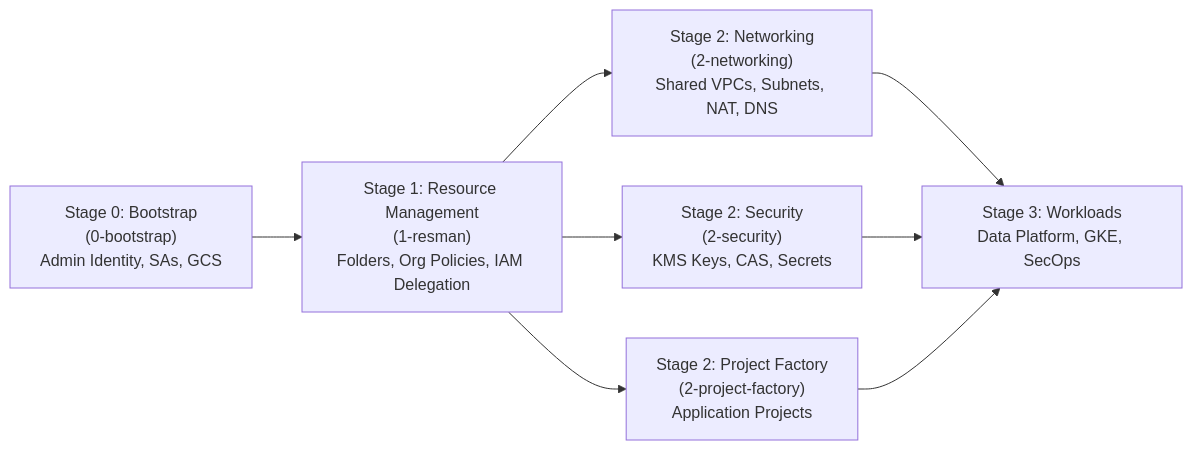
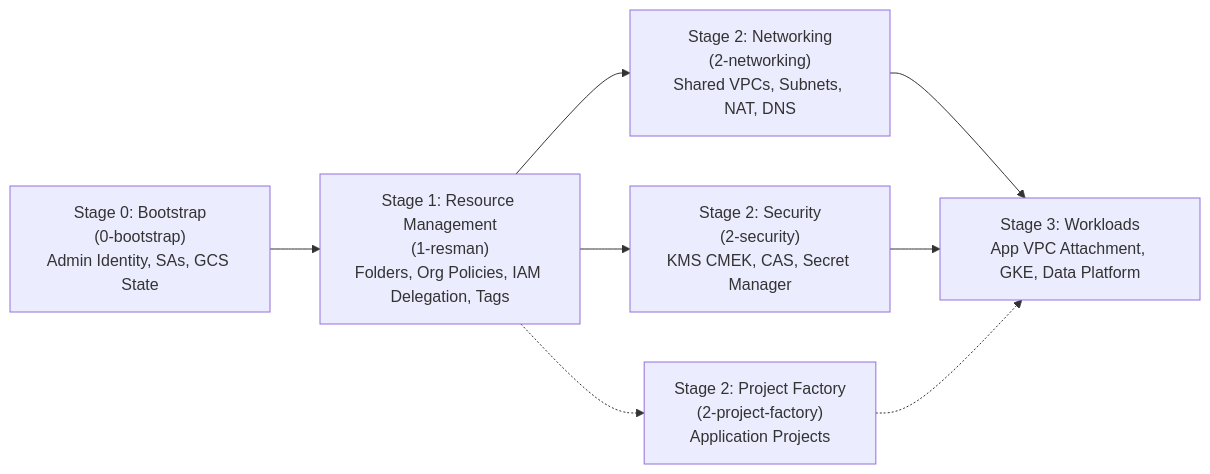
Before and after one commit to teemu61/fast-test: the first of 2 diagrams in README.md, drawn with Mermaid. The commit also changed other lines of this file, not shown here.

Commit message:
docs: expand README with comprehensive stage descriptions and usage guide

````diff
--- a/README.md
+++ b/README.md
@@ -13,10 +16,10 @@
 ```mermaid
 flowchart LR
-    S0["Stage 0: Bootstrap\n(0-bootstrap)\nAdmin Identity, SAs, GCS"] --> S1["Stage 1: Resource Management\n(1-resman)\nFolders, Org Policies, IAM Delegation"]
+    S0["Stage 0: Bootstrap\n(0-bootstrap)\nAdmin Identity, SAs, GCS State"] --> S1["Stage 1: Resource Management\n(1-resman)\nFolders, Org Policies, IAM Delegation, Tags"]
     S1 --> S2N["Stage 2: Networking\n(2-networking)\nShared VPCs, Subnets, NAT, DNS"]
-    S1 --> S2S["Stage 2: Security\n(2-security)\nKMS Keys, CAS, Secrets"]
-    S1 --> S2P["Stage 2: Project Factory\n(2-project-factory)\nApplication Projects"]
-    S2N --> S3["Stage 3: Workloads\nData Platform, GKE, SecOps"]
+    S1 --> S2S["Stage 2: Security\n(2-security)\nKMS CMEK, CAS, Secret Manager"]
+    S1 -.-> S2P["Stage 2: Project Factory\n(2-project-factory)\nApplication Projects"]
+    S2N --> S3["Stage 3: Workloads\nApp VPC Attachment, GKE, Data Platform"]
     S2S --> S3
-    S2P --> S3
+    S2P -.-> S3
 ```
````
